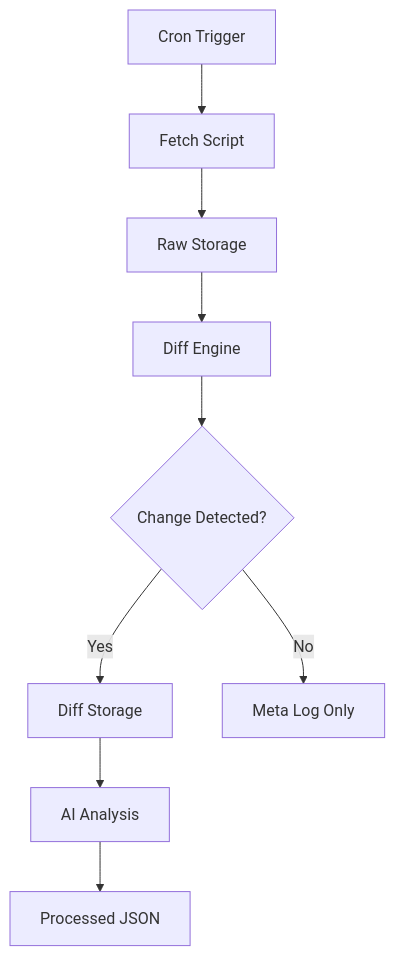
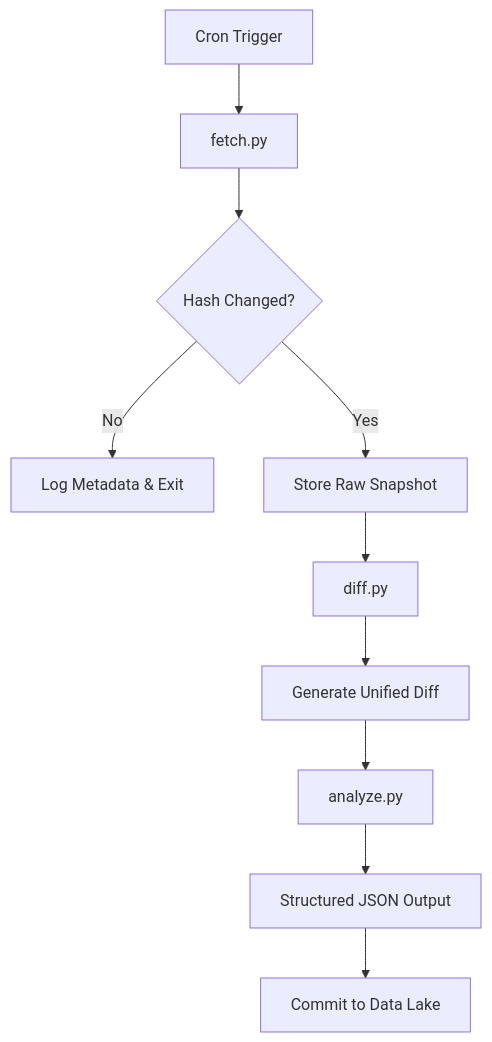
Before and after one commit to ravikiranoffl/RULE: the diagram in README.md, drawn with Mermaid. The commit also changed other lines of this file, not shown here.

````diff
--- a/README.md
+++ b/README.md
@@ -12,11 +13,12 @@
 ```mermaid
 flowchart TD
-    A[Cron Trigger] --> B[Fetch Script]
-    B --> C[Raw Storage]
-    C --> D[Diff Engine]
-    D --> E{Change Detected?}
-    E -->|Yes| F[Diff Storage]
-    F --> G[AI Analysis]
-    G --> H[Processed JSON]
-    E -->|No| I[Meta Log Only]
+    A[Cron Trigger] --> B[fetch.py]
+    B --> C{Hash Changed?}
+    C -->|No| D[Log Metadata & Exit]
+    C -->|Yes| E[Store Raw Snapshot]
+    E --> F[diff.py]
+    F --> G[Generate Unified Diff]
+    G --> H[analyze.py]
+    H --> I[Structured JSON Output]
+    I --> J[Commit to Data Lake]
 ```
````
